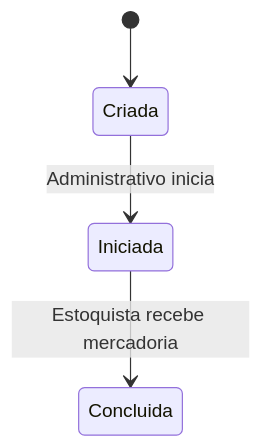
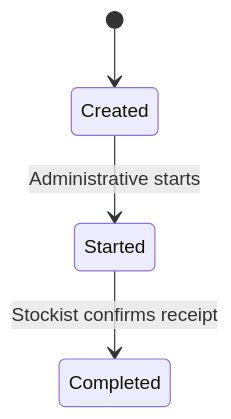
One commit to marcossilvajnr/GarageFlow changed the fifth of 6 diagrams in docs/domain/bounded-contexts.md. Above: the diagram before and after it, drawn with Mermaid. The commit also changed other lines of this file and 32 other files, not shown here.

````diff
--- a/docs/domain/bounded-contexts.md
+++ b/docs/domain/bounded-contexts.md
@@ -245,6 +256,6 @@
 ```mermaid
 stateDiagram-v2
-    [*] --> Criada
-    Criada --> Iniciada : Administrativo inicia
-    Iniciada --> Concluida : Estoquista recebe mercadoria
+    [*] --> Created
+    Created --> Started : Administrative starts
+    Started --> Completed : Stockist confirms receipt
 ```
````
